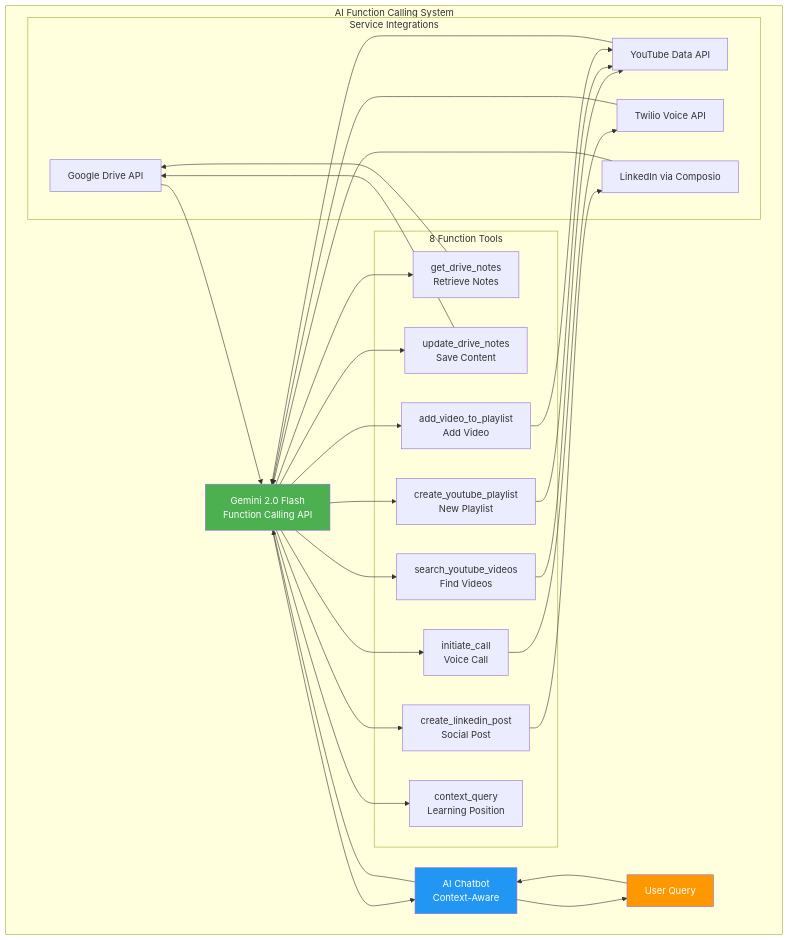
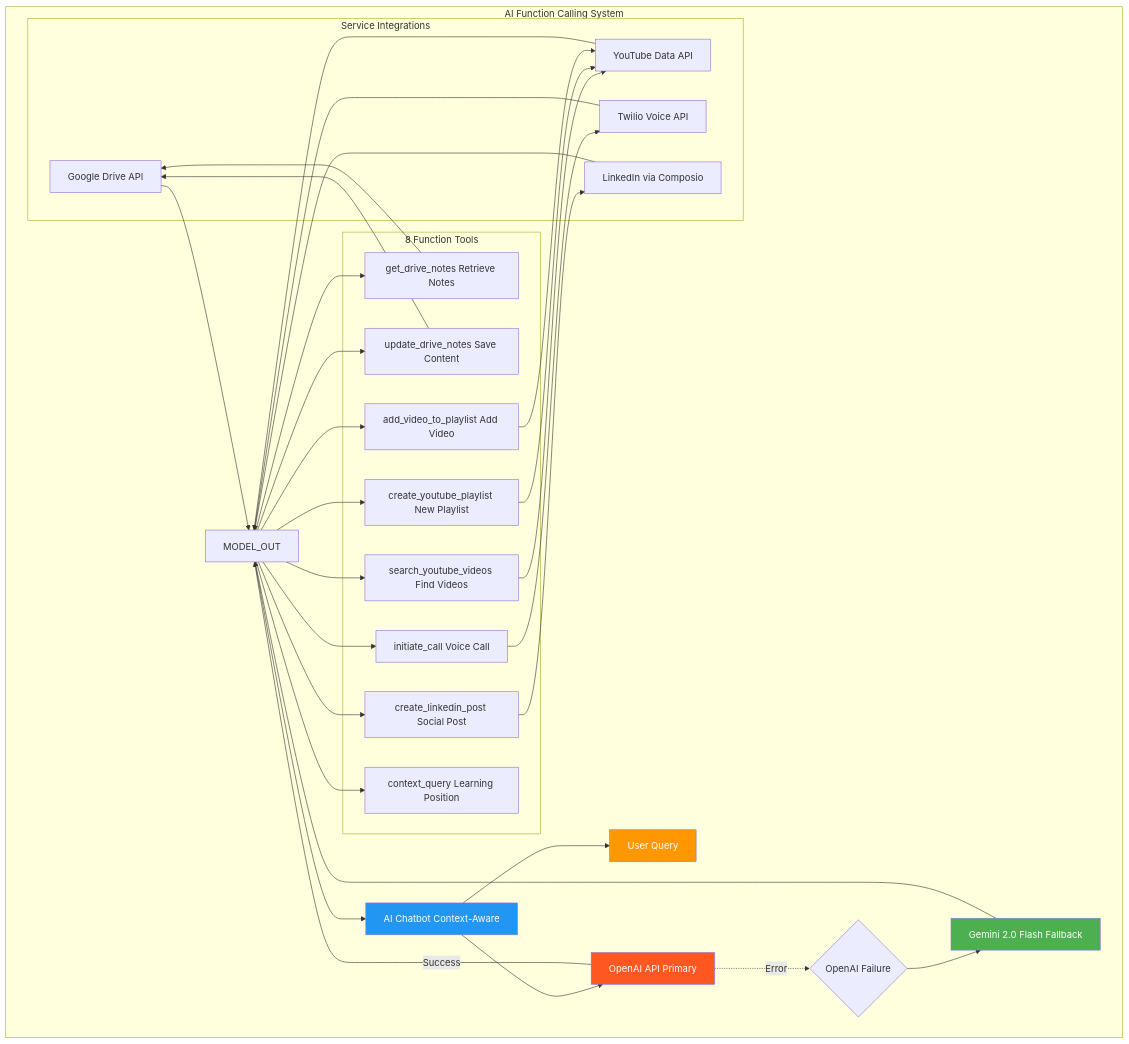
The fifth of 26 diagrams in README.md (abhiabhi150614/edu-ai-personalized-learning-and-recruitment-platform), drawn with Mermaid before and after one commit.

Commit message:
Refactor AI integration architecture diagram

````diff
--- a/README.md
+++ b/README.md
@@ -483,57 +483,75 @@
 ```mermaid
 graph TB
+
     subgraph "AI Function Calling System"
         USER[User Query]
-        CHATBOT[AI Chatbot<br/>Context-Aware]
-        GEMINI[Gemini 2.0 Flash<br/>Function Calling API]
-        
+        CHATBOT[AI Chatbot Context-Aware]
+
+        %% MODEL LAYER
+        OPENAI[OpenAI API Primary]
+        OPENAI_FAIL{OpenAI Failure}
+        GEMINI[Gemini 2.0 Flash Fallback]
+
+        CHATBOT --> OPENAI
+        OPENAI -->|Success| MODEL_OUT
+        OPENAI -.->|Error| OPENAI_FAIL
+        OPENAI_FAIL --> GEMINI
+        GEMINI --> MODEL_OUT
+        MODEL_OUT --> CHATBOT
+
+        %% FUNCTION TOOLS
         subgraph "8 Function Tools"
-            T1[get_drive_notes<br/>Retrieve Notes]
-            T2[update_drive_notes<br/>Save Content]
-            T3[search_youtube_videos<br/>Find Videos]
-            T4[create_youtube_playlist<br/>New Playlist]
-            T5[add_video_to_playlist<br/>Add Video]
-            T6[initiate_call<br/>Voice Call]
-            T7[create_linkedin_post<br/>Social Post]
-            T8[context_query<br/>Learning Position]
+            T1[get_drive_notes Retrieve Notes]
+            T2[update_drive_notes Save Content]
+            T3[search_youtube_videos Find Videos]
+            T4[create_youtube_playlist New Playlist]
+            T5[add_video_to_playlist Add Video]
+            T6[initiate_call Voice Call]
+            T7[create_linkedin_post Social Post]
+            T8[context_query Learning Position]
         end
-        
+
+        %% SERVICE LAYER
         subgraph "Service Integrations"
             DRIVE[Google Drive API]
             YOUTUBE[YouTube Data API]
             LINKEDIN[LinkedIn via Composio]
             TWILIO[Twilio Voice API]
         end
     end
-    
-    USER --> CHATBOT
-    CHATBOT --> GEMINI
-    GEMINI --> T1
-    GEMINI --> T2
-    GEMINI --> T3
-    GEMINI --> T4
-    GEMINI --> T5
-    GEMINI --> T6
-    GEMINI --> T7
-    GEMINI --> T8
-    
+
+    %% MODEL → TOOLS
+    MODEL_OUT --> T1
+    MODEL_OUT --> T2
+    MODEL_OUT --> T3
+    MODEL_OUT --> T4
+    MODEL_OUT --> T5
+    MODEL_OUT --> T6
+    MODEL_OUT --> T7
+    MODEL_OUT --> T8
+
+    %% TOOLS → SERVICES
     T1 --> DRIVE
     T2 --> DRIVE
     T3 --> YOUTUBE
     T4 --> YOUTUBE
     T5 --> YOUTUBE
     T6 --> TWILIO
     T7 --> LINKEDIN
-    
-    DRIVE --> GEMINI
-    YOUTUBE --> GEMINI
-    LINKEDIN --> GEMINI
-    TWILIO --> GEMINI
-    
-    GEMINI --> CHATBOT
+
+    %% SERVICES → MODEL
+    DRIVE --> MODEL_OUT
+    YOUTUBE --> MODEL_OUT
+    LINKEDIN --> MODEL_OUT
+    TWILIO --> MODEL_OUT
+
+    %% RETURN PATH
     CHATBOT --> USER
-    
+
+    %% COLORS
+    style OPENAI fill:#FF5722,color:#fff
     style GEMINI fill:#4CAF50,color:#fff
     style CHATBOT fill:#2196F3,color:#fff
     style USER fill:#FF9800,color:#fff
+
 ```
````
